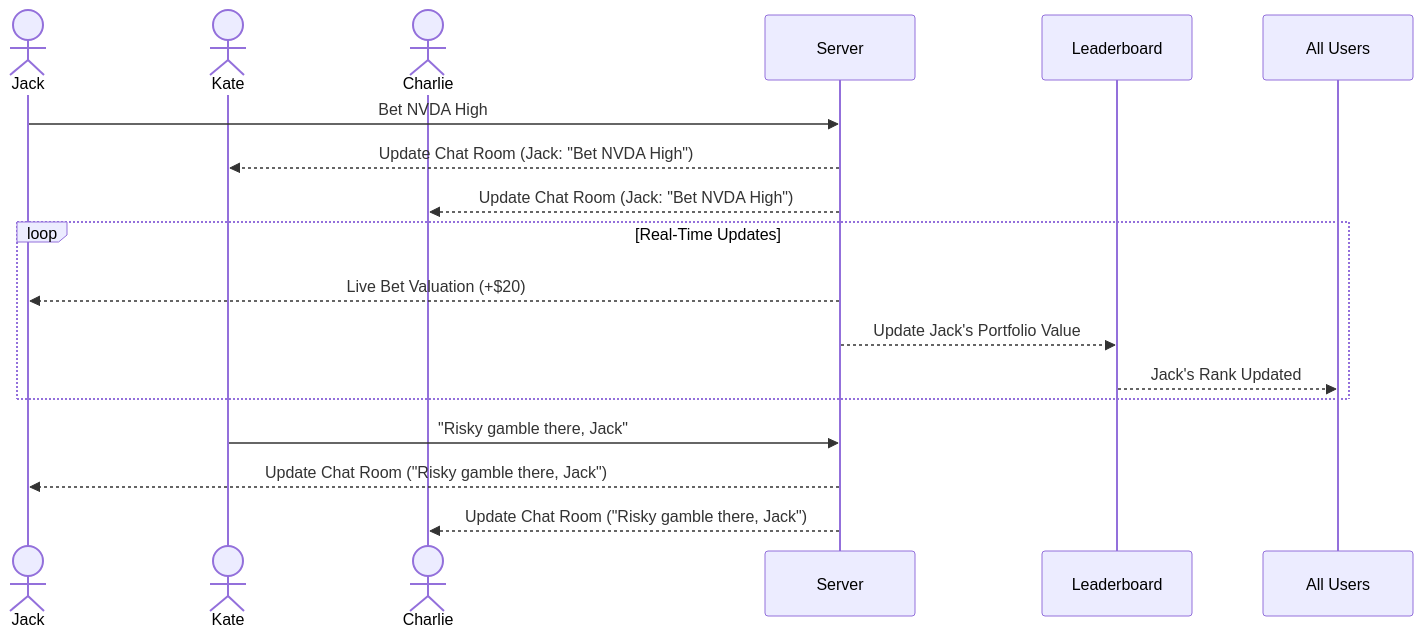
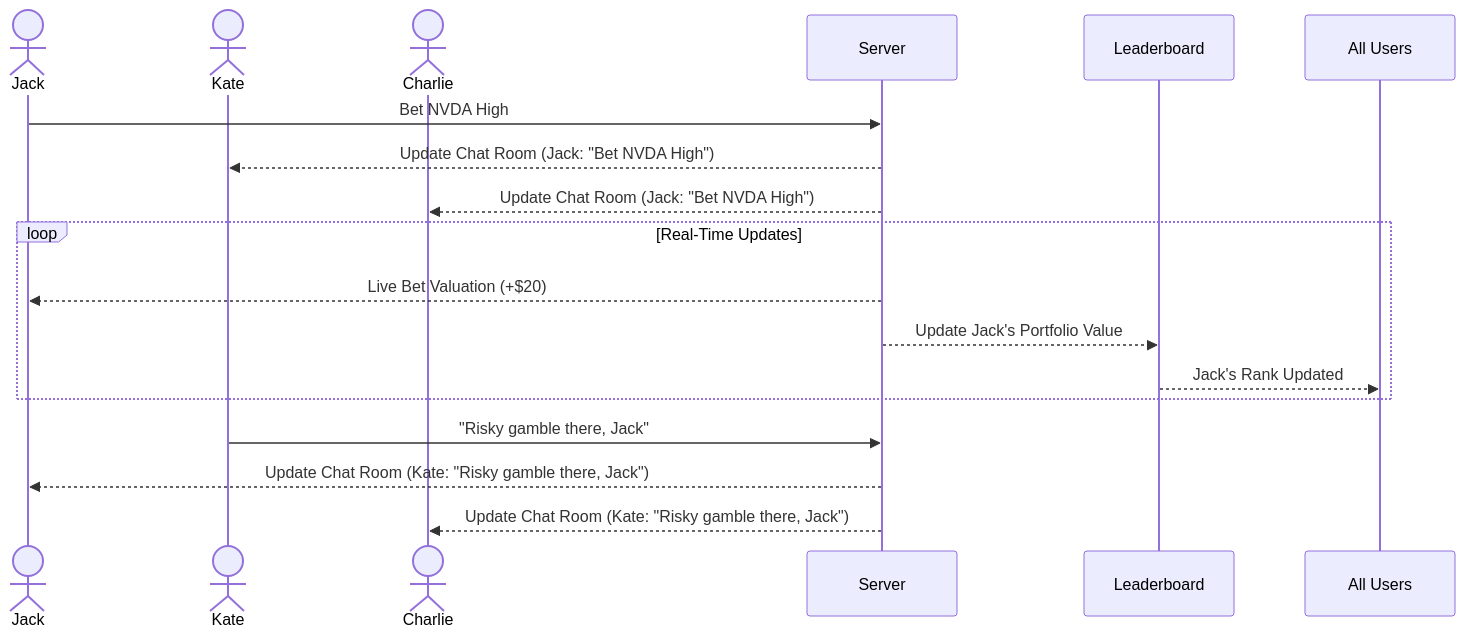
One commit to nraustin/startup changed the diagram in README.md. Above: the diagram before and after it, drawn with Mermaid. The commit also changed other lines of this file, not shown here.

````diff
--- a/README.md
+++ b/README.md
@@ -37,17 +37,17 @@
 ```mermaid
 sequenceDiagram
     actor Jack
     actor Kate
     actor Charlie
     Jack->>Server: Bet NVDA High
     Server-->>Kate: Update Chat Room (Jack: "Bet NVDA High")
     Server-->>Charlie: Update Chat Room (Jack: "Bet NVDA High")
     loop Real-Time Updates
         Server-->>Jack: Live Bet Valuation (+$20)
         Server-->>Leaderboard: Update Jack's Portfolio Value
         Leaderboard-->>All Users: Jack's Rank Updated
     end
     Kate->>Server: "Risky gamble there, Jack"
-    Server-->>Jack: Update Chat Room ("Risky gamble there, Jack")
-    Server-->>Charlie: Update Chat Room ("Risky gamble there, Jack")
+    Server-->>Jack: Update Chat Room (Kate: "Risky gamble there, Jack")
+    Server-->>Charlie: Update Chat Room (Kate: "Risky gamble there, Jack")
 ```
````
